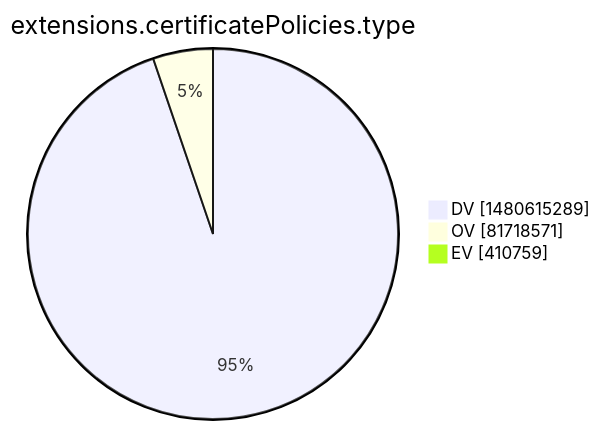
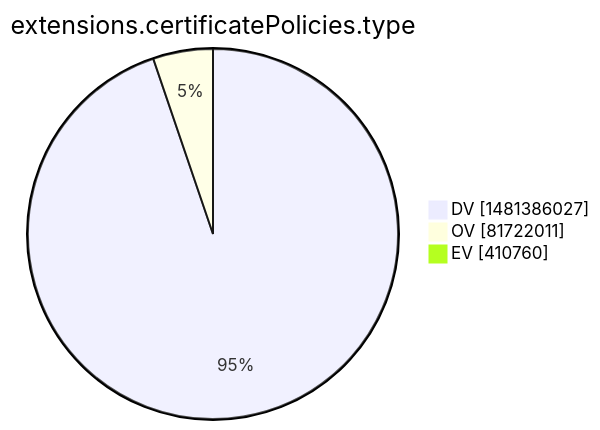
One commit to christiankrug/ctmonitor_visualization changed the tenth of 15 diagrams in xenon2022/README.md. Above: the diagram before and after it, drawn with Mermaid. The commit also changed other lines of this file, not shown here.

````diff
--- a/xenon2022/README.md
+++ b/xenon2022/README.md
@@ -2873,7 +2873,7 @@
 ```mermaid
 pie showData
 title extensions.certificatePolicies.type
-"DV" :1480615289
-"OV" :81718571
-"EV" :410759
+"DV" :1481386027
+"OV" :81722011
+"EV" :410760
 ```
````
